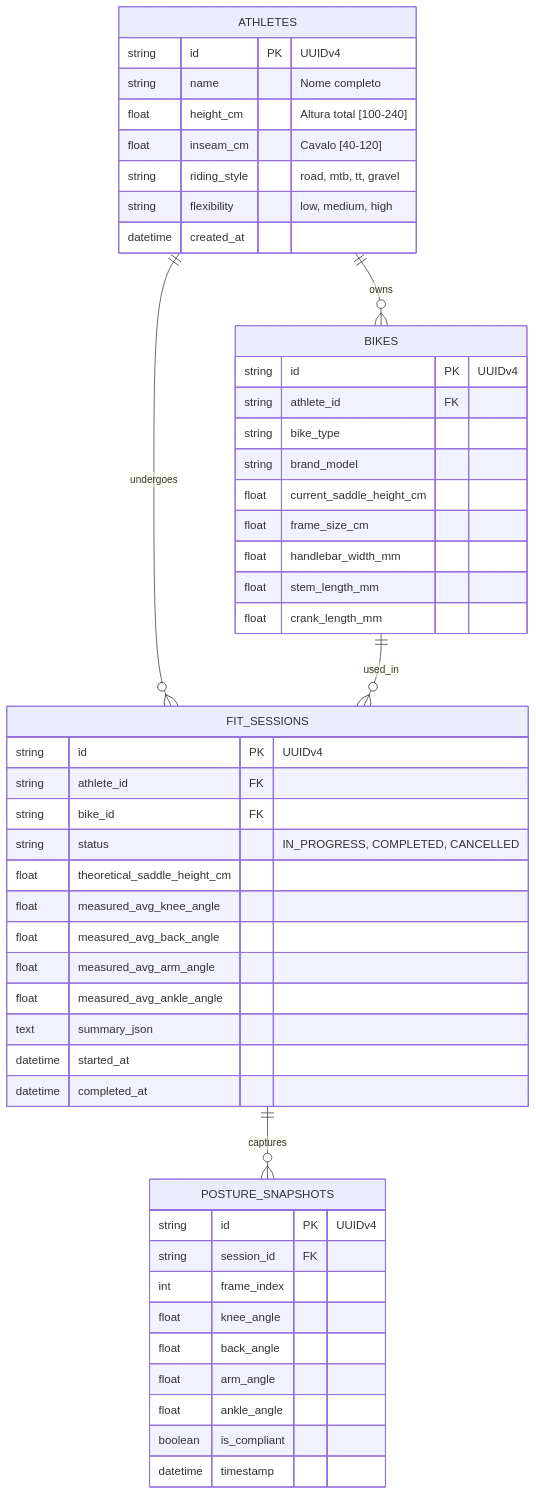
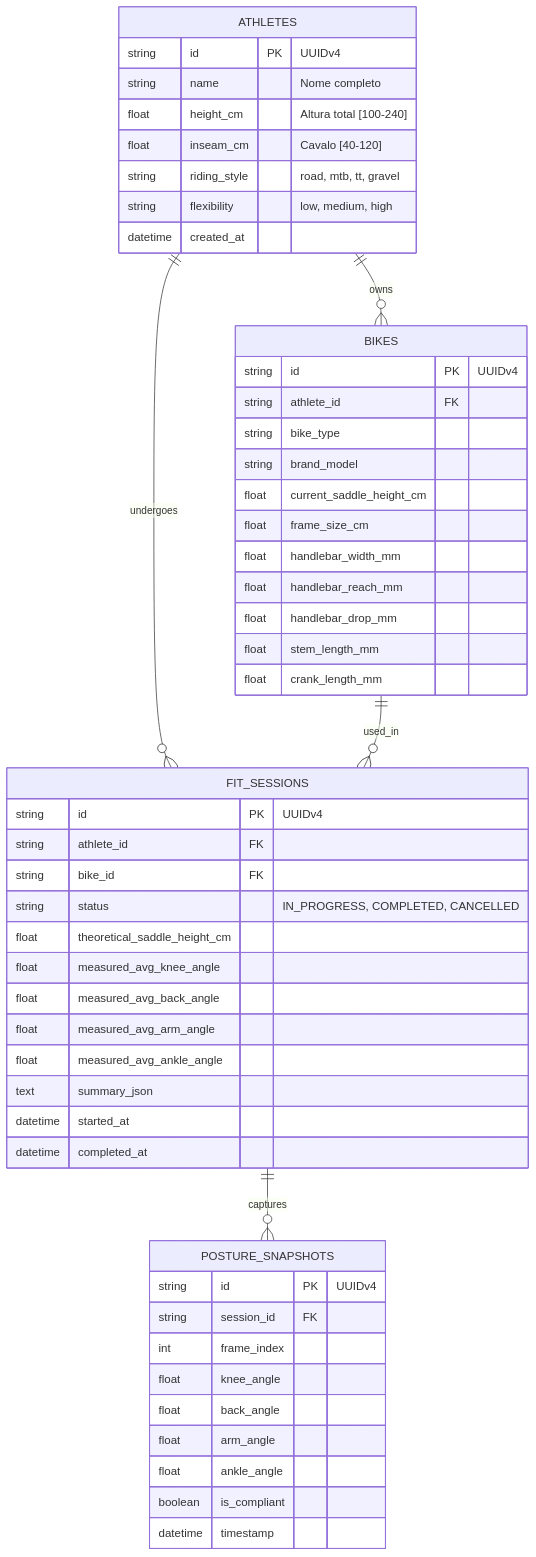
One commit to mrsk87/athleteMotion changed the diagram in ARCHITECTURE.md. Above: the diagram before and after it, drawn with Mermaid. The commit also changed 159 other files, not shown here.

````diff
--- a/ARCHITECTURE.md
+++ b/ARCHITECTURE.md
@@ -75,56 +75,58 @@
 ```mermaid
 erDiagram
     ATHLETES ||--o{ BIKES : owns
     ATHLETES ||--o{ FIT_SESSIONS : undergoes
     BIKES ||--o{ FIT_SESSIONS : used_in
     FIT_SESSIONS ||--o{ POSTURE_SNAPSHOTS : captures
 
     ATHLETES {
         string id PK "UUIDv4"
         string name "Nome completo"
         float height_cm "Altura total [100-240]"
         float inseam_cm "Cavalo [40-120]"
         string riding_style "road, mtb, tt, gravel"
         string flexibility "low, medium, high"
         datetime created_at
     }
 
     BIKES {
         string id PK "UUIDv4"
         string athlete_id FK
         string bike_type
         string brand_model
         float current_saddle_height_cm
         float frame_size_cm
         float handlebar_width_mm
+        float handlebar_reach_mm
+        float handlebar_drop_mm
         float stem_length_mm
         float crank_length_mm
     }
 
     FIT_SESSIONS {
         string id PK "UUIDv4"
         string athlete_id FK
         string bike_id FK
         string status "IN_PROGRESS, COMPLETED, CANCELLED"
         float theoretical_saddle_height_cm
         float measured_avg_knee_angle
         float measured_avg_back_angle
         float measured_avg_arm_angle
         float measured_avg_ankle_angle
         text summary_json
         datetime started_at
         datetime completed_at
     }
 
     POSTURE_SNAPSHOTS {
         string id PK "UUIDv4"
         string session_id FK
         int frame_index
         float knee_angle
         float back_angle
         float arm_angle
         float ankle_angle
         boolean is_compliant
         datetime timestamp
     }
 ```
````
